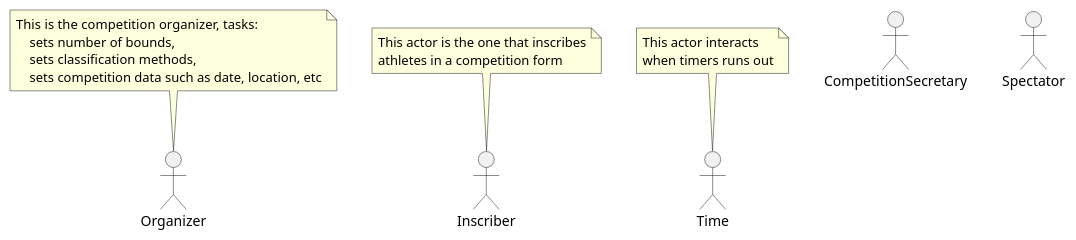
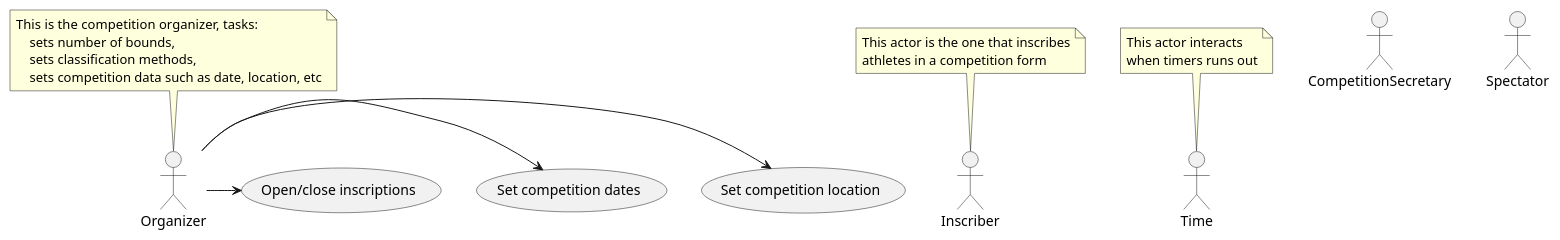
One commit to zuldare/mastercloud_pfm_halterocms changed the diagram in diagrams/usecases/actors.puml. Above: the diagram before and after it, drawn with PlantUML. The commit also changed 3 other files, not shown here.

```diff
--- a/diagrams/usecases/actors.puml
+++ b/diagrams/usecases/actors.puml
@@ -1,33 +1,37 @@
 @startuml
 
 Organizer as Organizer
 note top of Organizer
 This is the competition organizer, tasks:
     sets number of bounds,
     sets classification methods,
     sets competition data such as date, location, etc
 end note
+
+Organizer -> (Set competition location)
+Organizer -> (Set competition dates)
+Organizer -> (Open/close inscriptions)
 
 
 Inscriber as Inscriber
 note top of Inscriber
 This actor is the one that inscribes
 athletes in a competition form
 end note
 
 
 Time as Time
 note top of Time
 This actor interacts
 when timers runs out
 end note
 
 CompetitionSecretary as CompetitionSecretary
 
 Spectator as Spectator
 
 ' inscriber can share classifications, etc
 ' le puede llegar automáticamente la info
 
 
 @enduml
```
